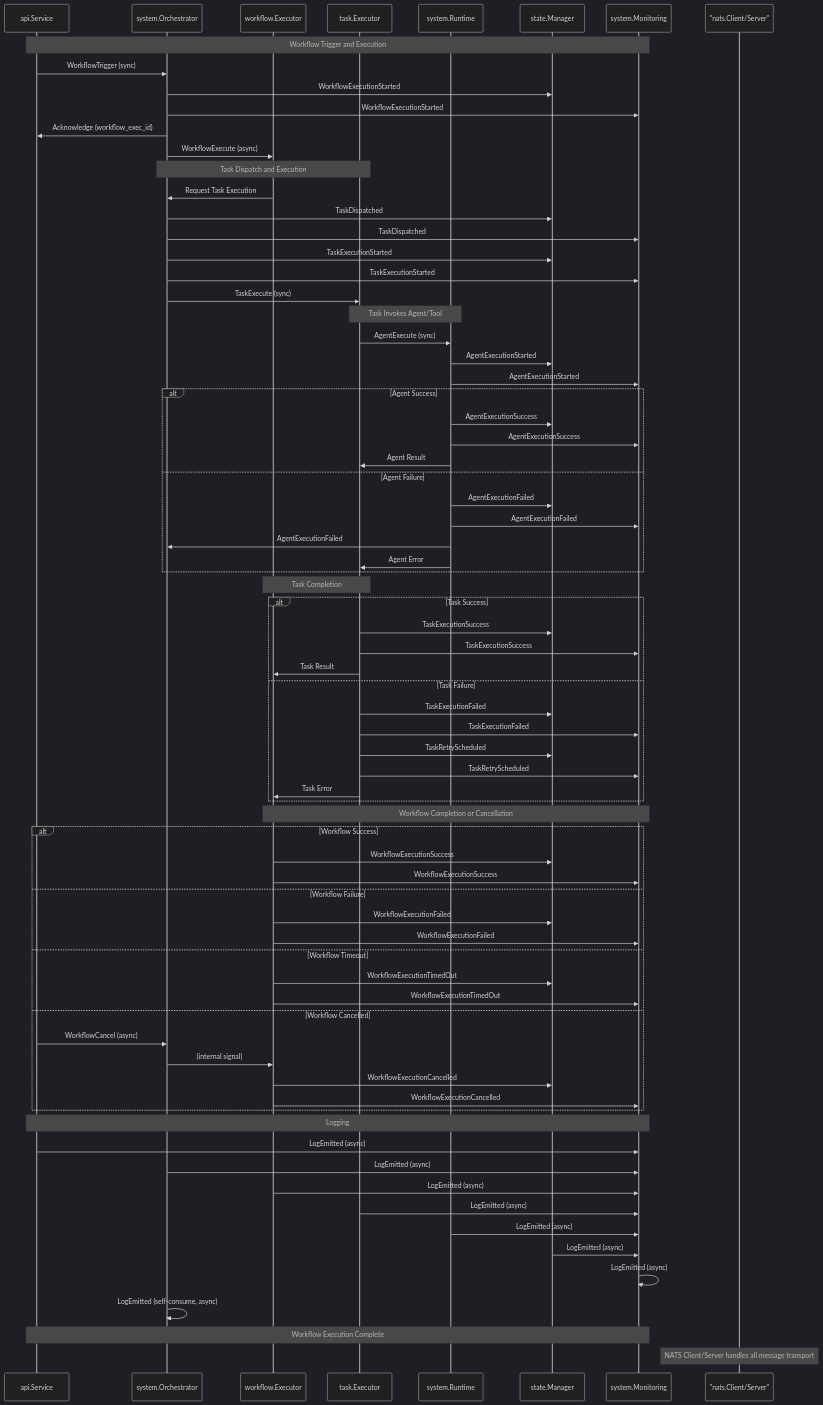
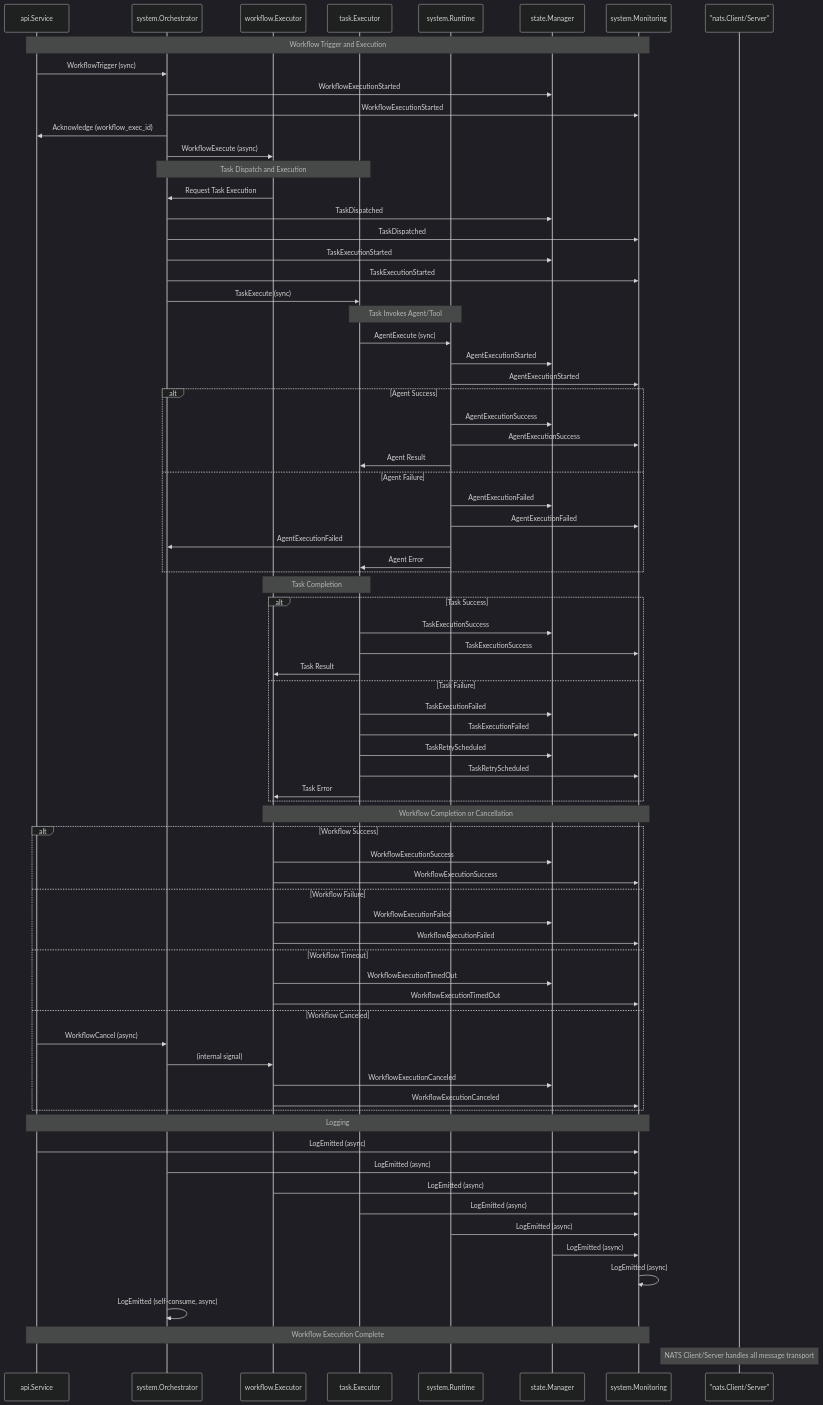
The diagram in docs/core-spec/architecture/03_components_flow.md (compozy/compozy), drawn with Mermaid (dark theme) before and after one commit. The commit also changed 50 other files, not shown here.

```diff
--- a/docs/core-spec/architecture/03_components_flow.md
+++ b/docs/core-spec/architecture/03_components_flow.md
@@ -70,11 +70,11 @@
     else Workflow Timeout
         WFEXEC->>STATE: WorkflowExecutionTimedOut
         WFEXEC->>MONITOR: WorkflowExecutionTimedOut
-    else Workflow Cancelled
+    else Workflow Canceled
         API->>ORCH: WorkflowCancel (async)
         ORCH->>WFEXEC: (internal signal)
-        WFEXEC->>STATE: WorkflowExecutionCancelled
-        WFEXEC->>MONITOR: WorkflowExecutionCancelled
+        WFEXEC->>STATE: WorkflowExecutionCanceled
+        WFEXEC->>MONITOR: WorkflowExecutionCanceled
     end
 
     Note over API,MONITOR: Logging
```
